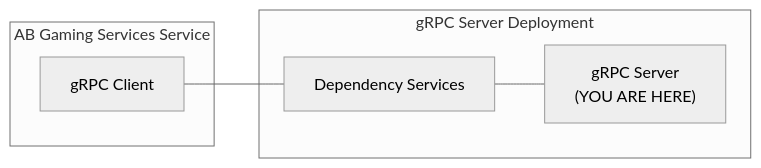
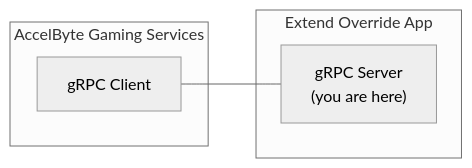
Before and after one commit to AccelByte/matchmaking-function-grpc-plugin-server-python: the diagram in README.md, drawn with Mermaid (neutral theme). The commit also changed other lines of this file, not shown here.

````diff
--- a/README.md
+++ b/README.md
@@ -3,12 +3,10 @@
 ```mermaid
 flowchart LR
-   subgraph AB Gaming Services Service
+   subgraph AccelByte Gaming Services
    CL[gRPC Client]
    end
-   subgraph gRPC Server Deployment
-   SV["gRPC Server\n(YOU ARE HERE)"]
-   DS[Dependency Services]
-   CL --- DS
+   subgraph Extend Override App
+   SV["gRPC Server\n(you are here)"]
    end
-   DS --- SV
+   CL --- SV
 ```
````
